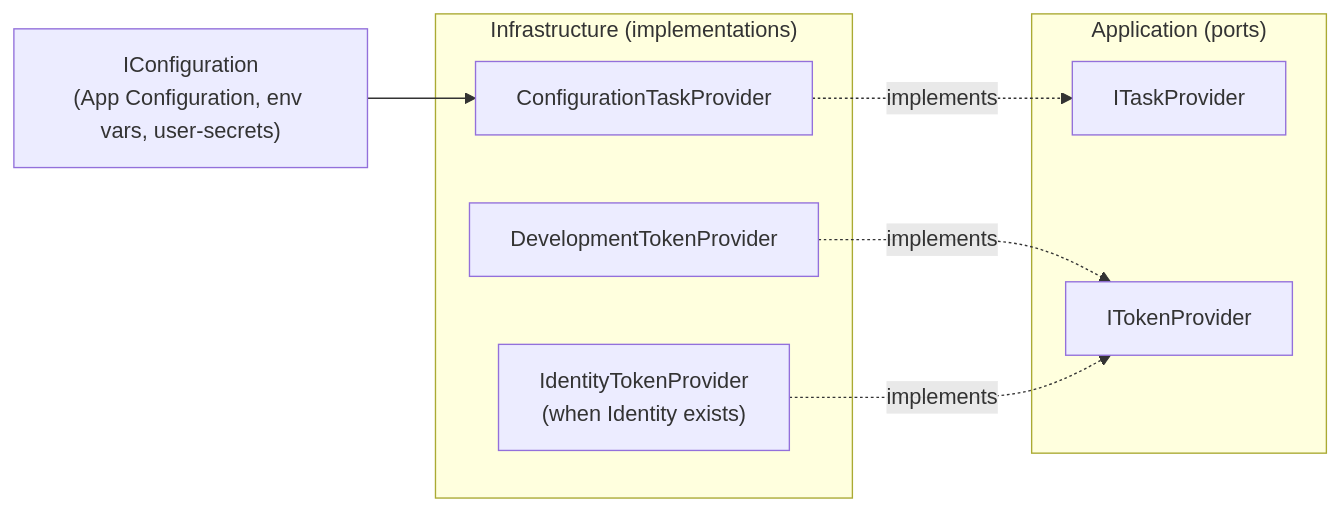
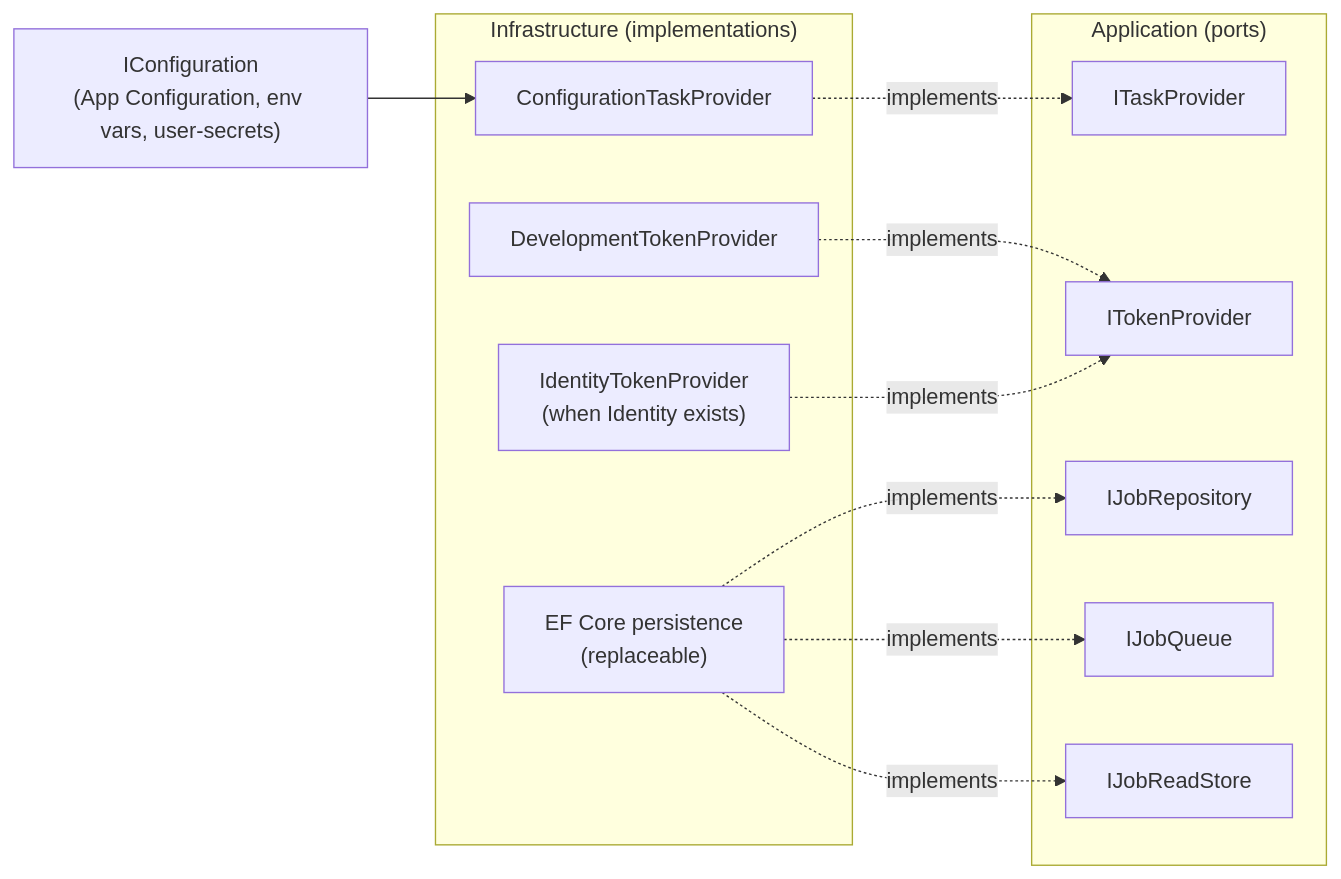
The third of 3 diagrams in docs/adr/0003-runner-service-architecture.md (philippe-donnette/LeiMa), drawn with Mermaid before and after one commit. The commit also changed other lines of this file, not shown here.

Commit message:
docs: 34 - add persistence ports and keep-it-light rules to ADR 0003

````diff
--- a/docs/adr/0003-runner-service-architecture.md
+++ b/docs/adr/0003-runner-service-architecture.md
@@ -97,16 +98,23 @@
 ```mermaid
 flowchart LR
     subgraph Application["Application (ports)"]
         ITP["ITaskProvider"]
         ITK["ITokenProvider"]
+        IJR["IJobRepository"]
+        IJQ["IJobQueue"]
+        IJS["IJobReadStore"]
     end
     subgraph Infrastructure["Infrastructure (implementations)"]
         CTP["ConfigurationTaskProvider"]
         DTK["DevelopmentTokenProvider"]
         ITK2["IdentityTokenProvider<br/>(when Identity exists)"]
+        EF["EF Core persistence<br/>(replaceable)"]
     end
     CTP -. implements .-> ITP
     DTK -. implements .-> ITK
     ITK2 -. implements .-> ITK
+    EF -. implements .-> IJR
+    EF -. implements .-> IJQ
+    EF -. implements .-> IJS
     CFG["IConfiguration<br/>(App Configuration, env vars, user-secrets)"] --> CTP
 ```
````
